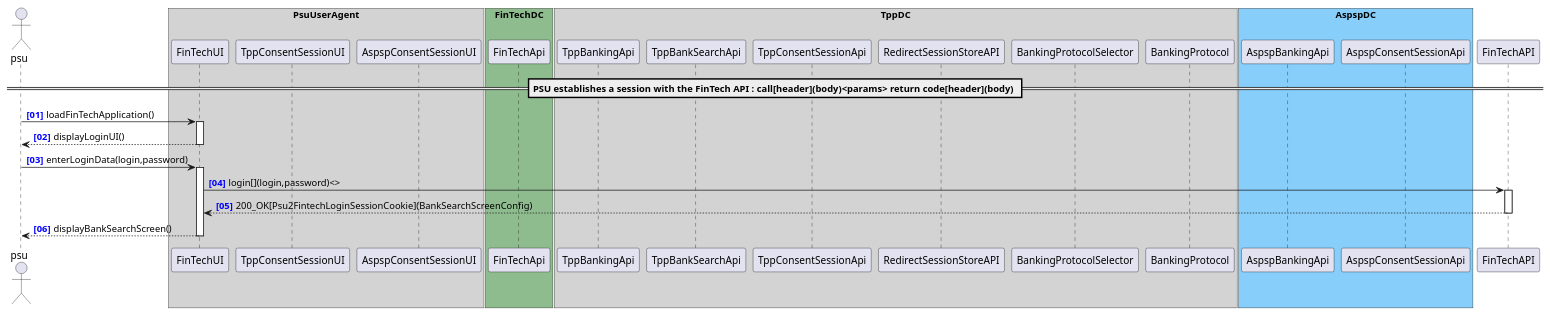
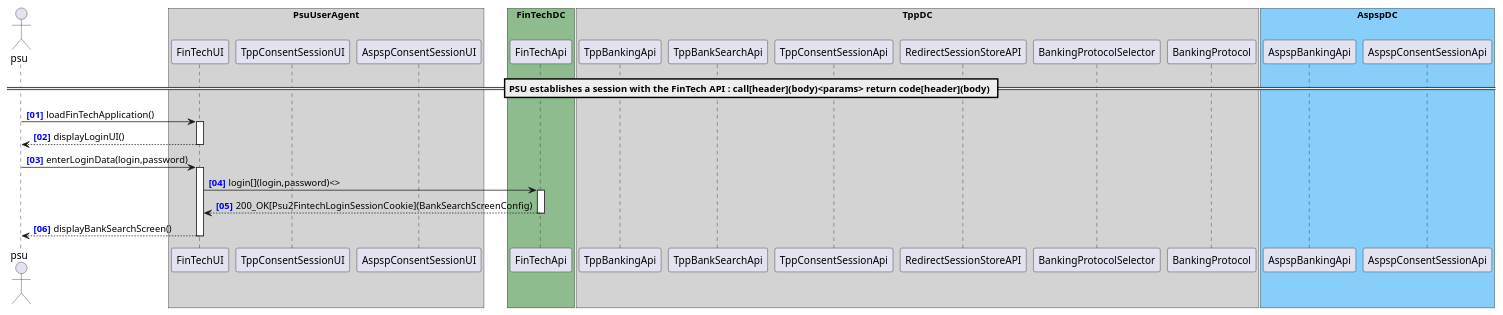
The diagram in docs/architecture/diagrams/useCases/1-loginWithFinTech.puml (mohbadar/open-banking-gateway), drawn with PlantUML before and after one commit. The commit also changed 8 other files, not shown here.

```diff
--- a/docs/architecture/diagrams/useCases/1-loginWithFinTech.puml
+++ b/docs/architecture/diagrams/useCases/1-loginWithFinTech.puml
@@ -1,35 +1,35 @@
 @startuml
 
 autonumber "<b><color blue>[00]"
 actor psu
 
 box "PsuUserAgent" #LightGray
     participant "FinTechUI" as FinTechUI
     participant "TppConsentSessionUI" as TppConsentSessionUI
     participant "AspspConsentSessionUI" as AspspConsentSessionUI
 end box
 box "FinTechDC" #DarkSeaGreen
     participant "FinTechApi" as FinTechApi
 end box
 box "TppDC" #LightGray
     participant "TppBankingApi" as TppBankingApi
     participant "TppBankSearchApi" as TppBankSearchApi
     participant "TppConsentSessionApi" as TppConsentSessionApi
 
     participant "RedirectSessionStoreAPI" as RedirectSessionStoreAPI
     participant "BankingProtocolSelector" as BankingProtocolSelector
     participant "BankingProtocol" as BankingProtocol
 end box
 box "AspspDC" #LightSkyBlue
 	participant "AspspBankingApi" as AspspBankingApi
     participant "AspspConsentSessionApi" as AspspConsentSessionApi
 end box
 
 == PSU establishes a session with the FinTech API : call[header](body)<params> return code[header](body) ==
 psu -> FinTechUI ++ : loadFinTechApplication()
 return displayLoginUI()
 psu -> FinTechUI ++ : enterLoginData(login,password)
-FinTechUI -> FinTechAPI ++ : login[](login,password)<>
+FinTechUI -> FinTechApi ++ : login[](login,password)<>
 return 200_OK[Psu2FintechLoginSessionCookie](BankSearchScreenConfig)
 return displayBankSearchScreen()
 @enduml
```
